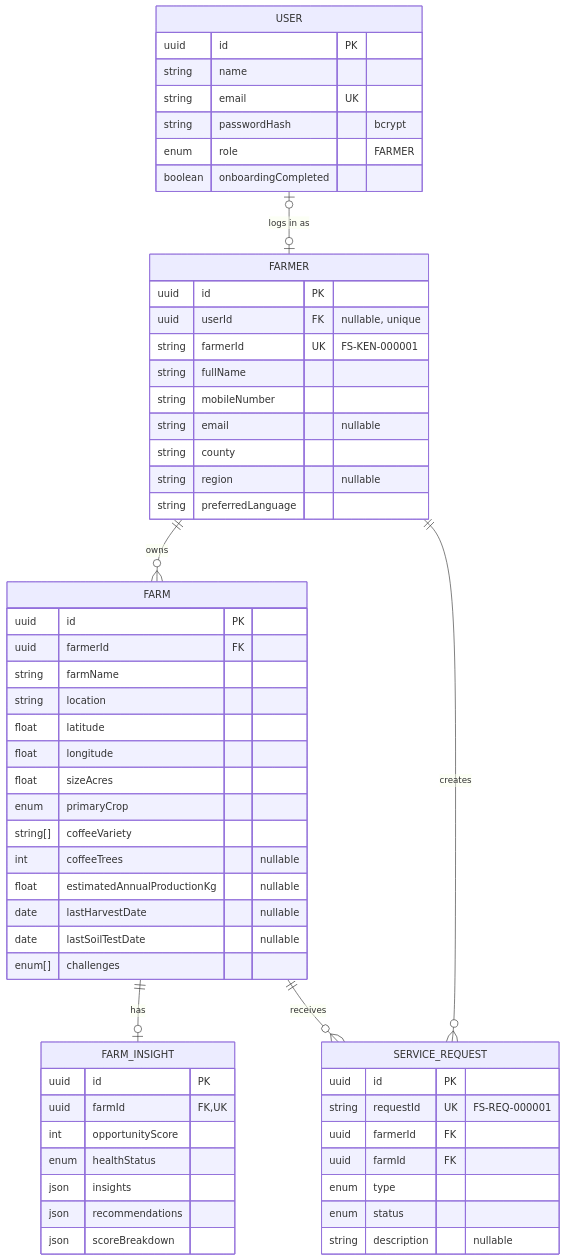
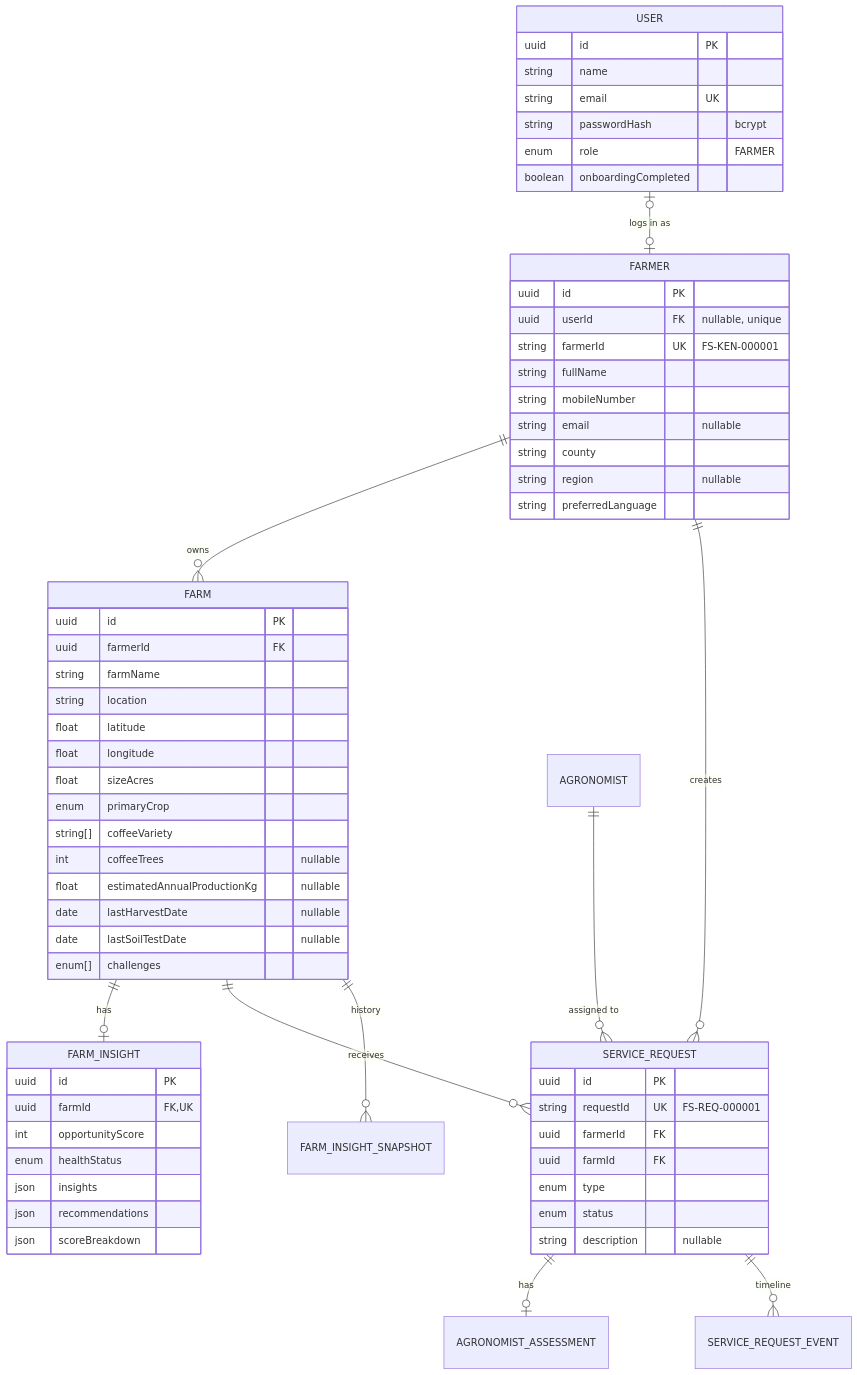
Before and after one commit to Slymcode/farm-story: the diagram in README.md, drawn with Mermaid. The commit also changed other lines of this file and 72 other files, not shown here.

First line of the commit message:
Add agronomist workspace, request timeline, insight history and Farm Passport

````diff
--- a/README.md
+++ b/README.md
@@ -108,62 +112,66 @@
 ```mermaid
 erDiagram
     USER |o--o| FARMER : "logs in as"
     FARMER ||--o{ FARM : owns
     FARM ||--o| FARM_INSIGHT : has
     FARMER ||--o{ SERVICE_REQUEST : creates
     FARM ||--o{ SERVICE_REQUEST : receives
+    FARM ||--o{ FARM_INSIGHT_SNAPSHOT : "history"
+    AGRONOMIST ||--o{ SERVICE_REQUEST : "assigned to"
+    SERVICE_REQUEST ||--o| AGRONOMIST_ASSESSMENT : has
+    SERVICE_REQUEST ||--o{ SERVICE_REQUEST_EVENT : timeline
 
     USER {
         uuid id PK
         string name
         string email UK
         string passwordHash "bcrypt"
         enum role "FARMER"
         boolean onboardingCompleted
     }
     FARMER {
         uuid id PK
         uuid userId FK "nullable, unique"
         string farmerId UK "FS-KEN-000001"
         string fullName
         string mobileNumber
         string email "nullable"
         string county
         string region "nullable"
         string preferredLanguage
     }
     FARM {
         uuid id PK
         uuid farmerId FK
         string farmName
         string location
         float latitude
         float longitude
         float sizeAcres
         enum primaryCrop
         string[] coffeeVariety
         int coffeeTrees "nullable"
         float estimatedAnnualProductionKg "nullable"
         date lastHarvestDate "nullable"
         date lastSoilTestDate "nullable"
         enum[] challenges
     }
     FARM_INSIGHT {
         uuid id PK
         uuid farmId FK,UK
         int opportunityScore
         enum healthStatus
         json insights
         json recommendations
         json scoreBreakdown
     }
     SERVICE_REQUEST {
         uuid id PK
         string requestId UK "FS-REQ-000001"
         uuid farmerId FK
         uuid farmId FK
         enum type
         enum status
         string description "nullable"
     }
 ```
````
